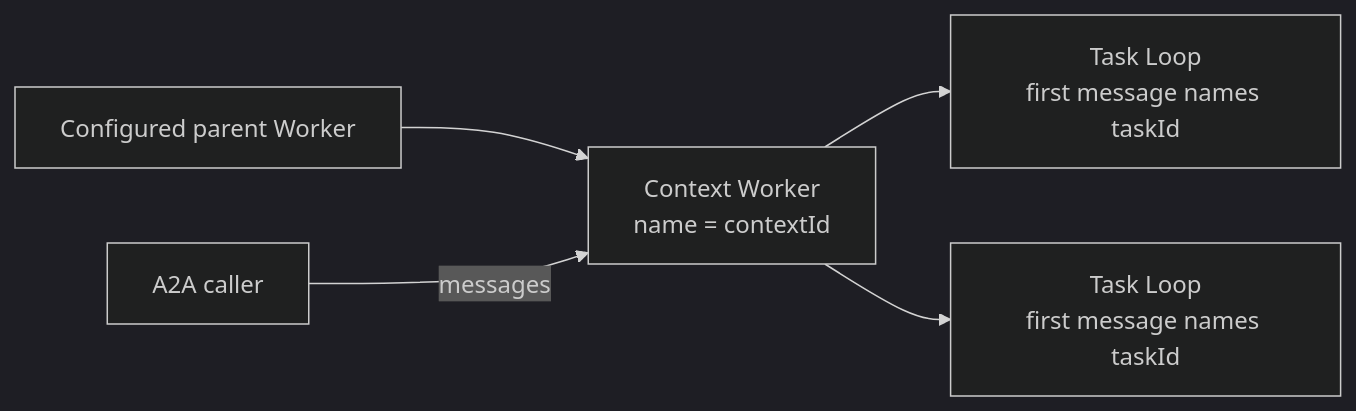
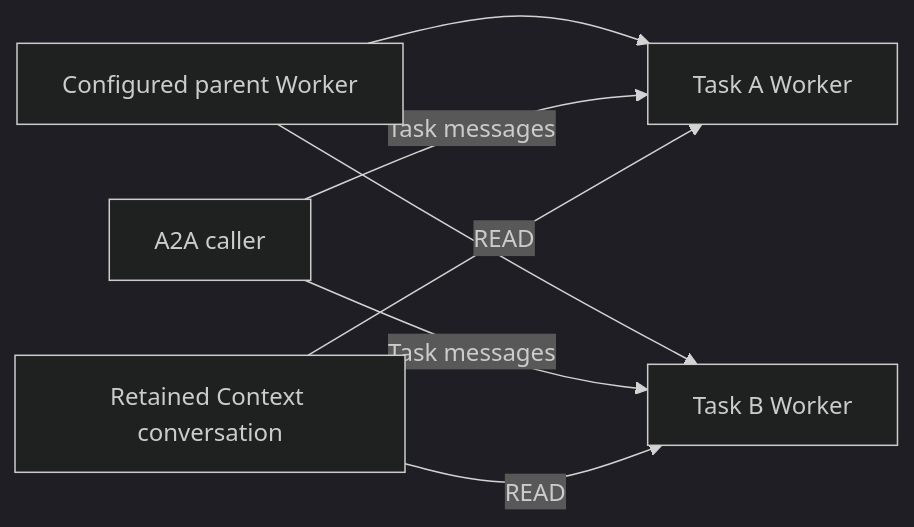
Before and after one commit to plurnk/plurnk-service: the diagram in plurnk-a2a/SPEC.md, drawn with Mermaid (dark theme). The commit also changed other lines of this file and 34 other files, not shown here.

````diff
--- a/plurnk-a2a/SPEC.md
+++ b/plurnk-a2a/SPEC.md
@@ -76,7 +77,9 @@
 ```mermaid
 flowchart LR
-    Parent["Configured parent Worker"] --> Context["Context Worker\nname = contextId"]
-    Caller["A2A caller"] -->|messages| Context
-    Context --> Loop1["Task Loop\nfirst message names taskId"]
-    Context --> Loop2["Task Loop\nfirst message names taskId"]
+    Parent["Configured parent Worker"] --> Task1["Task A Worker"]
+    Parent --> Task2["Task B Worker"]
+    Caller["A2A caller"] -->|Task messages| Task1
+    Caller -->|Task messages| Task2
+    History["Retained Context conversation"] -->|READ| Task1
+    History -->|READ| Task2
 ```
````
